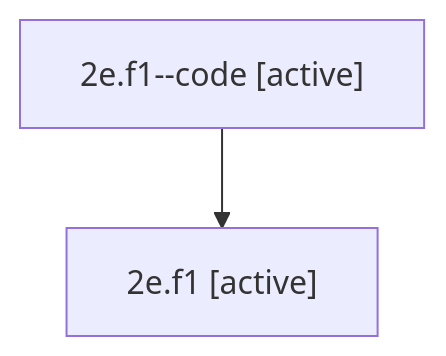
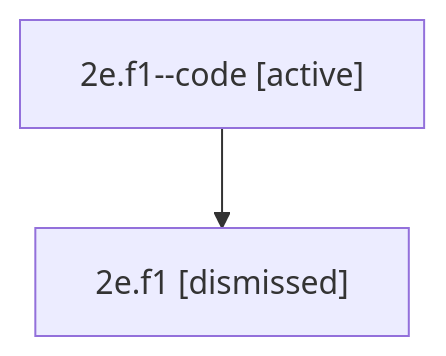
The diagram in sessions/bbugyi200.athena.2e.f1.md (sase-org/sase--agents), drawn with Mermaid before and after one commit. The commit also changed other lines of this file and 12 other files, not shown here.

````diff
--- a/sessions/bbugyi200.athena.2e.f1.md
+++ b/sessions/bbugyi200.athena.2e.f1.md
@@ -9,6 +9,6 @@
 ```mermaid
 flowchart TD
   n0["2e.f1--code [active]"]
-  n1["2e.f1 [active]"]
+  n1["2e.f1 [dismissed]"]
   n0 --> n1
 ```
````
